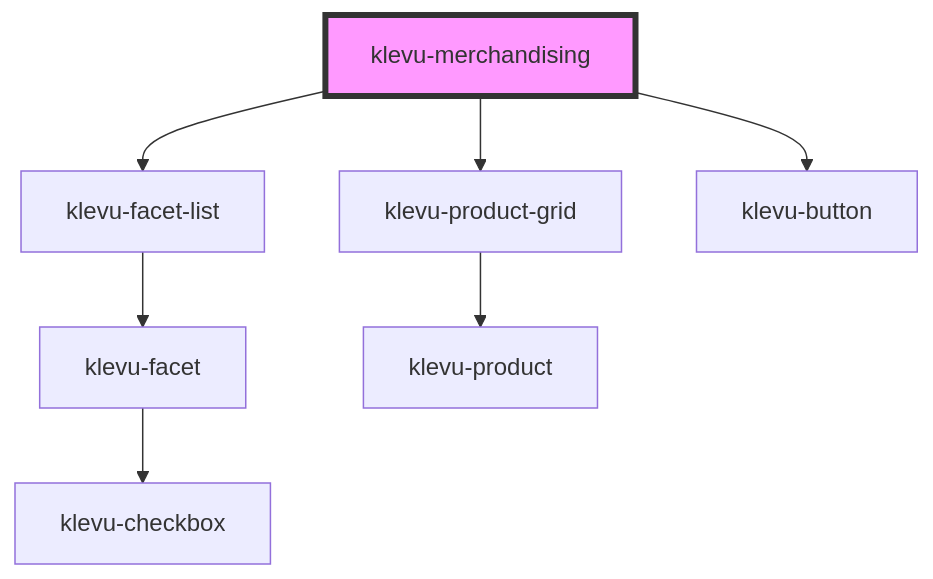
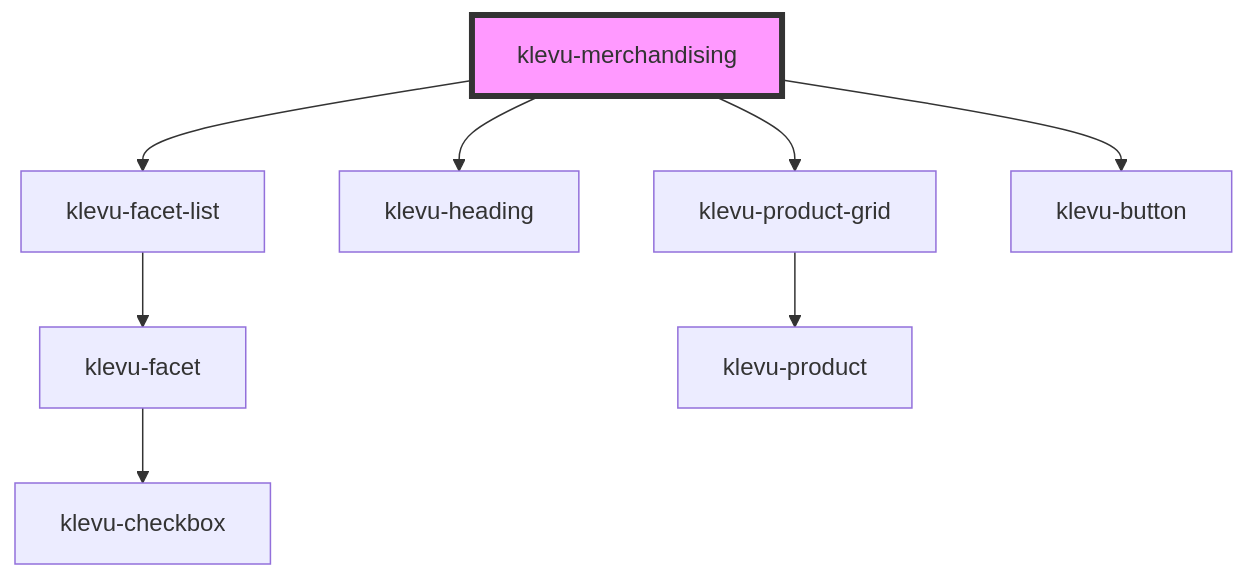
One commit to klevultd/frontend-sdk changed the diagram in packages/klevu-ui/src/components/klevu-merchandising/readme.md. Above: the diagram before and after it, drawn with Mermaid. The commit also changed other lines of this file and 74 other files, not shown here.

````diff
--- a/packages/klevu-ui/src/components/klevu-merchandising/readme.md
+++ b/packages/klevu-ui/src/components/klevu-merchandising/readme.md
@@ -27,10 +31,11 @@
 ```mermaid
 graph TD;
   klevu-merchandising --> klevu-facet-list
+  klevu-merchandising --> klevu-heading
   klevu-merchandising --> klevu-product-grid
   klevu-merchandising --> klevu-button
   klevu-facet-list --> klevu-facet
   klevu-facet --> klevu-checkbox
   klevu-product-grid --> klevu-product
   style klevu-merchandising fill:#f9f,stroke:#333,stroke-width:4px
 ```
````
